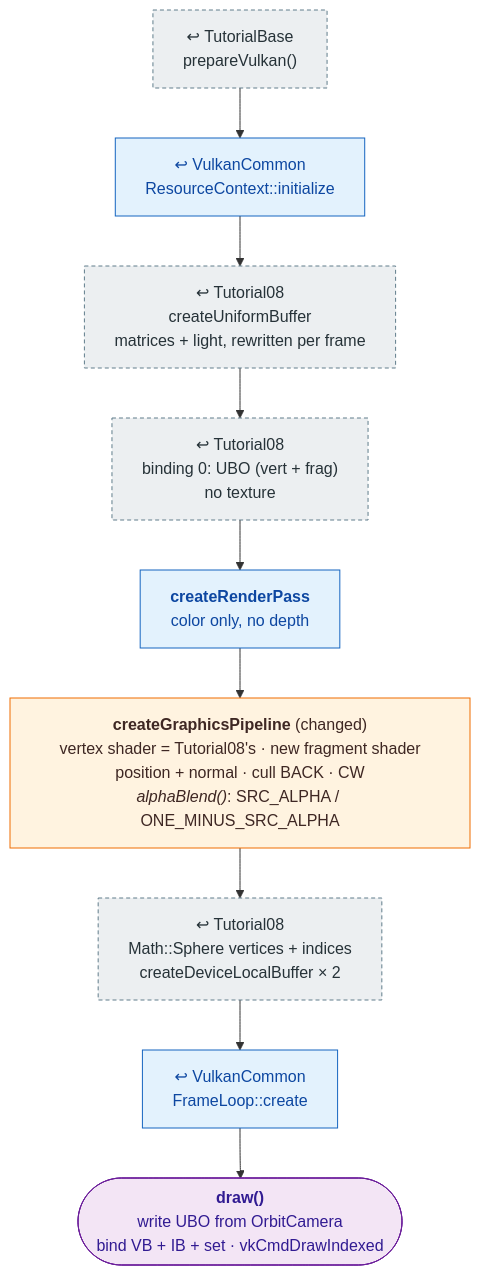
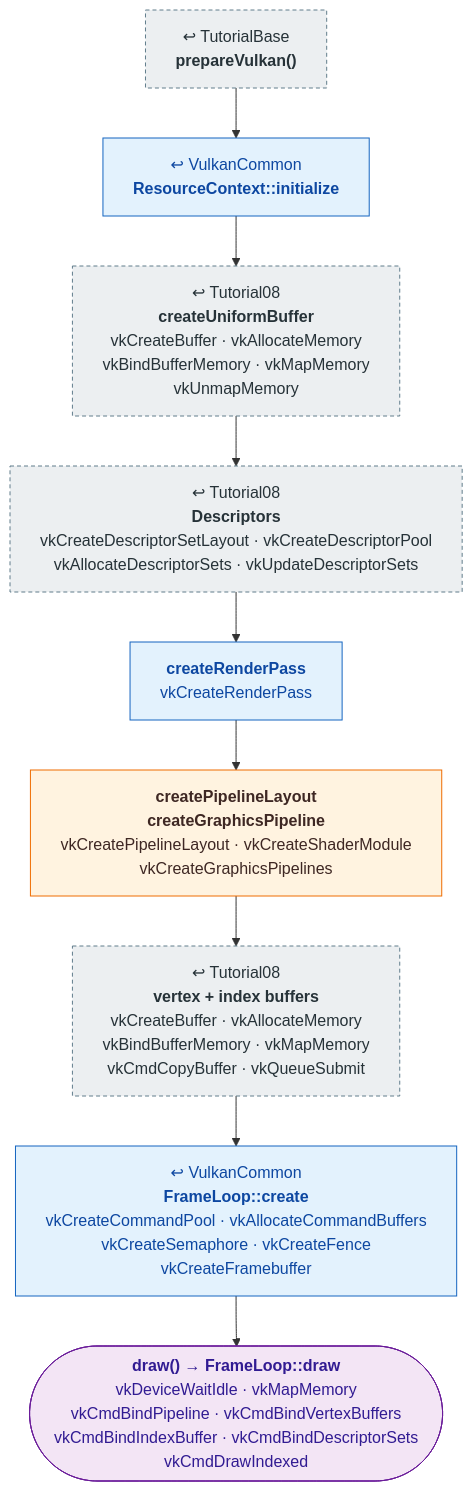
Before and after one commit to mehoggan/vulkan_graphix: the diagram in docs/pipeline/14_particle_sphere.md, drawn with Mermaid. The commit also changed other lines of this file and 24 other files, not shown here.

First line of the commit message:
docs: label pipeline boxes with the Vulkan calls each step makes

````diff
--- a/docs/pipeline/14_particle_sphere.md
+++ b/docs/pipeline/14_particle_sphere.md
@@ -11,21 +11,21 @@
 ```mermaid
 %%{init: {"flowchart": {"wrappingWidth": 400}}}%%
 flowchart TD
     classDef reused fill:#eceff1,stroke:#607d8b,stroke-dasharray:4 3,color:#263238
     classDef changed fill:#fff3e0,stroke:#ef6c00,color:#3e2723
     classDef new fill:#e8f5e9,stroke:#2e7d32,color:#1b5e20
     classDef shared fill:#e3f2fd,stroke:#1565c0,color:#0d47a1
     classDef frame fill:#f3e5f5,stroke:#6a1b9a,color:#311b92
 
-    BASE["↩ TutorialBase<br/>prepareVulkan()"]:::reused
-    RC["↩ VulkanCommon<br/>ResourceContext::initialize"]:::shared
-    UBO["↩ Tutorial08<br/>createUniformBuffer<br/>matrices + light, rewritten per frame"]:::reused
-    DESC["↩ Tutorial08<br/>binding 0: UBO (vert + frag)<br/>no texture"]:::reused
-    RP["<b>createRenderPass</b><br/>color only, no depth"]:::shared
-    PIPE["<b>createGraphicsPipeline</b> (changed)<br/>vertex shader = Tutorial08's · new fragment shader<br/>position + normal · cull BACK · CW<br/><i>alphaBlend()</i>: SRC_ALPHA / ONE_MINUS_SRC_ALPHA"]:::changed
-    GEO["↩ Tutorial08<br/>Math::Sphere vertices + indices<br/>createDeviceLocalBuffer × 2"]:::reused
-    FL["↩ VulkanCommon<br/>FrameLoop::create"]:::shared
-    DRAW(["<b>draw()</b><br/>write UBO from OrbitCamera<br/>bind VB + IB + set · vkCmdDrawIndexed"]):::frame
+    BASE["↩ TutorialBase<br/><b>prepareVulkan()</b>"]:::reused
+    RC["↩ VulkanCommon<br/><b>ResourceContext::initialize</b>"]:::shared
+    UBO["↩ Tutorial08<br/><b>createUniformBuffer</b><br/>vkCreateBuffer  ·  vkAllocateMemory<br/>vkBindBufferMemory  ·  vkMapMemory<br/>vkUnmapMemory"]:::reused
+    DESC["↩ Tutorial08<br/><b>Descriptors</b><br/>vkCreateDescriptorSetLayout  ·  vkCreateDescriptorPool<br/>vkAllocateDescriptorSets  ·  vkUpdateDescriptorSets"]:::reused
+    RP["<b>createRenderPass</b><br/>vkCreateRenderPass"]:::shared
+    PIPE["<b>createPipelineLayout</b><br/><b>createGraphicsPipeline</b><br/>vkCreatePipelineLayout  ·  vkCreateShaderModule<br/>vkCreateGraphicsPipelines"]:::changed
+    GEO["↩ Tutorial08<br/><b>vertex + index buffers</b><br/>vkCreateBuffer  ·  vkAllocateMemory<br/>vkBindBufferMemory  ·  vkMapMemory<br/>vkCmdCopyBuffer  ·  vkQueueSubmit"]:::reused
+    FL["↩ VulkanCommon<br/><b>FrameLoop::create</b><br/>vkCreateCommandPool  ·  vkAllocateCommandBuffers<br/>vkCreateSemaphore  ·  vkCreateFence<br/>vkCreateFramebuffer"]:::shared
+    DRAW(["<b>draw() → FrameLoop::draw</b><br/>vkDeviceWaitIdle  ·  vkMapMemory<br/>vkCmdBindPipeline  ·  vkCmdBindVertexBuffers<br/>vkCmdBindIndexBuffer  ·  vkCmdBindDescriptorSets<br/>vkCmdDrawIndexed"]):::frame
 
     BASE --> RC --> UBO --> DESC --> RP --> PIPE --> GEO --> FL --> DRAW
 ```
````
